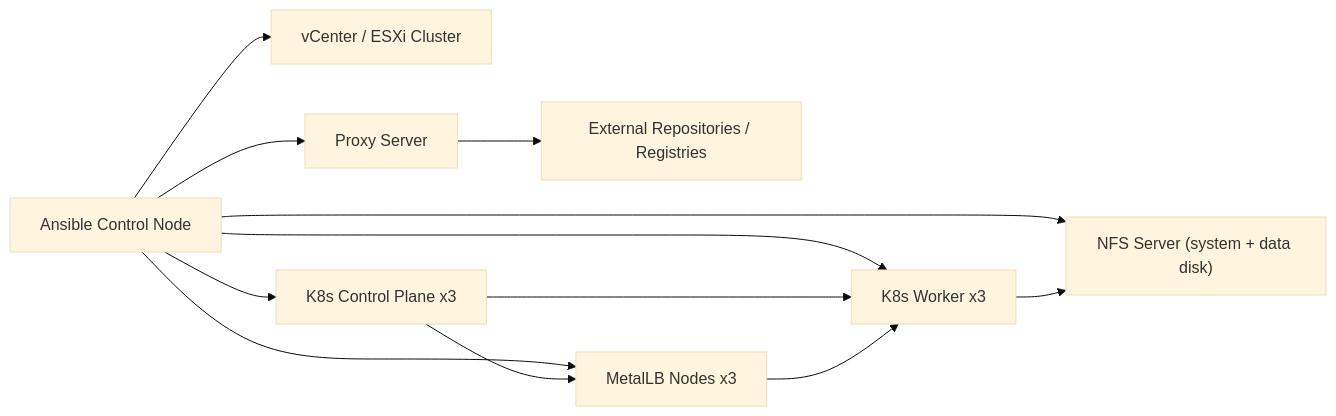
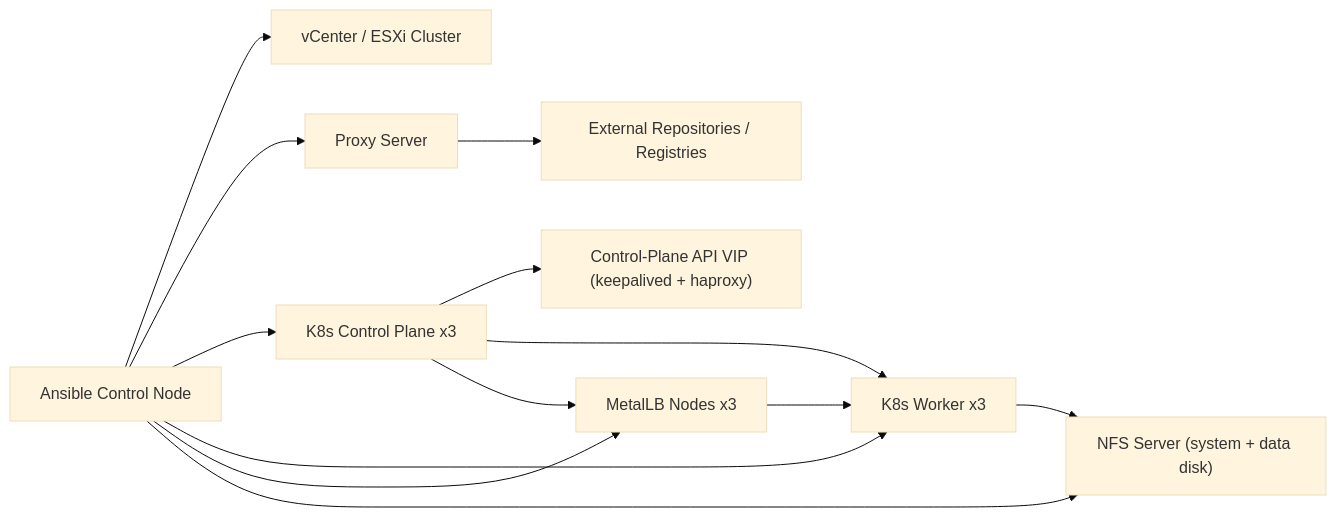
The diagram in docs/Project.md (elnemir/eleksir-k8s), drawn with Mermaid (base theme) before and after one commit. The commit also changed other lines of this file and 17 other files, not shown here.

Commit message:
Document control-plane VIP updates

````diff
--- a/docs/Project.md
+++ b/docs/Project.md
@@ -34,14 +34,15 @@
 ```mermaid
 flowchart LR
     U["Ansible Control Node"] --> VC["vCenter / ESXi Cluster"]
     U --> PX["Proxy Server"]
     PX --> EXT["External Repositories / Registries"]
     U --> CP["K8s Control Plane x3"]
+    CP --> APIVIP["Control-Plane API VIP (keepalived + haproxy)"]
     U --> WK["K8s Worker x3"]
     U --> MB["MetalLB Nodes x3"]
     U --> NFS["NFS Server (system + data disk)"]
     CP --> WK
     CP --> MB
     WK --> NFS
     MB --> WK
 ```
````
